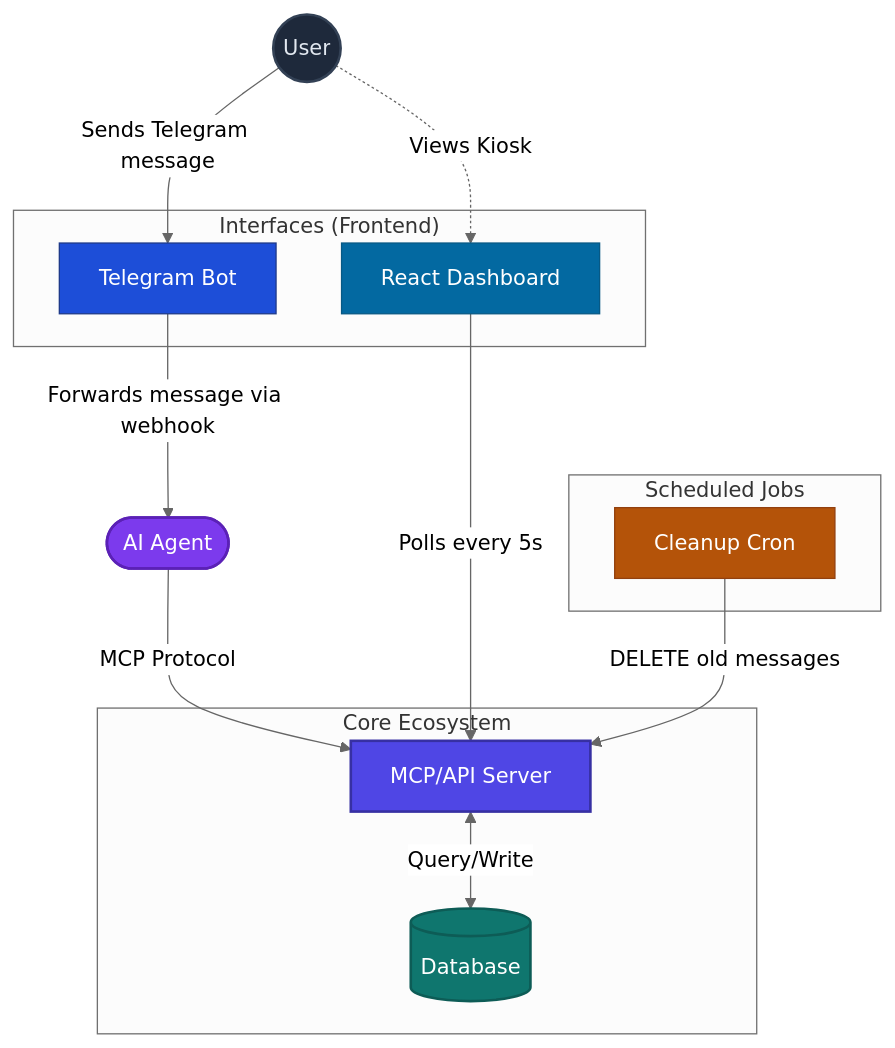
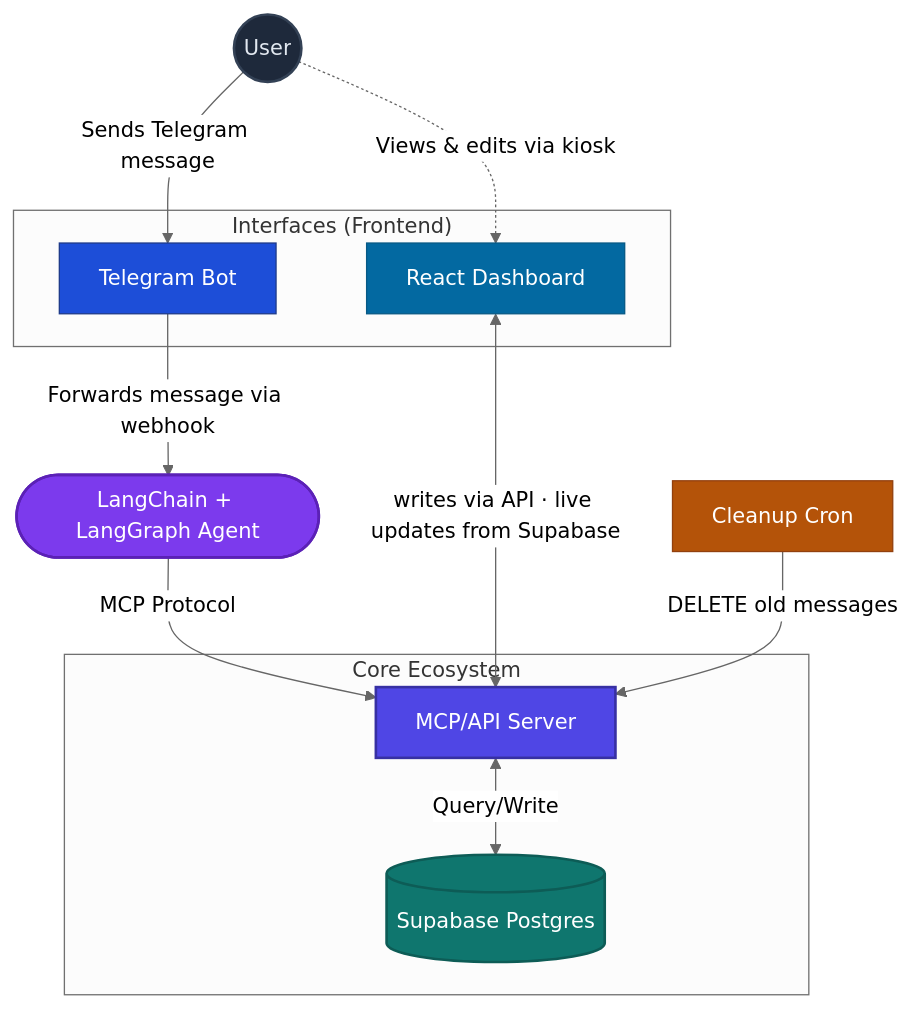
One commit to sepehrtabaee/task-nexus-core changed the diagram in readme.md. Above: the diagram before and after it, drawn with Mermaid (neutral theme). The commit also changed other lines of this file, not shown here.

````diff
--- a/readme.md
+++ b/readme.md
@@ -30,44 +30,47 @@
 ```mermaid
 graph TD
     %% Users and Agents
     User((User))
-    Agent([AI Agent])
+    Agent([LangChain + LangGraph Agent])
 
     %% Interfaces
-    subgraph "Interfaces (Frontend)"
+    subgraph Interfaces["Interfaces (Frontend)"]
         TG[Telegram Bot]
         DB[React Dashboard]
     end
 
     %% Core System
-    subgraph "Core Ecosystem"
+    subgraph Core["Core Ecosystem"]
         API[MCP/API Server]
-        SQL[(Database)]
+        SQL[(Supabase Postgres)]
     end
 
     %% Scheduled Jobs
-    subgraph "Scheduled Jobs"
-        CRON[Cleanup Cron]
-    end
+    CRON[Cleanup Cron]
 
-    %% Connections
+    %% User entry points
     User -->|Sends Telegram message| TG
+    User -.->|Views & edits via kiosk| DB
+
+    %% Telegram path
     TG -->|Forwards message via webhook| Agent
     Agent -->|MCP Protocol| API
 
+    %% Dashboard writes via the API, live updates stream from Supabase
+    DB <-->|writes via API · live updates from Supabase| API
+
+    %% Core
     API <-->|Query/Write| SQL
 
-    DB -->|Polls every 5s| API
-    User -.->|Views Kiosk| DB
-
+    %% Cron
     CRON -->|DELETE old messages| API
 
     %% Styling
     style API fill:#4f46e5,color:#fff,stroke:#3730a3,stroke-width:2px
     style Agent fill:#7c3aed,color:#fff,stroke:#5b21b6,stroke-width:2px
     style SQL fill:#0f766e,color:#fff,stroke:#0d5c56,stroke-width:2px
     style TG fill:#1d4ed8,color:#fff,stroke:#1e3a8a,stroke-width:1px
     style DB fill:#0369a1,color:#fff,stroke:#075985,stroke-width:1px
     style CRON fill:#b45309,color:#fff,stroke:#92400e,stroke-width:1px
     style User fill:#1e293b,color:#e2e8f0,stroke:#334155,stroke-width:2px
 ```
````
